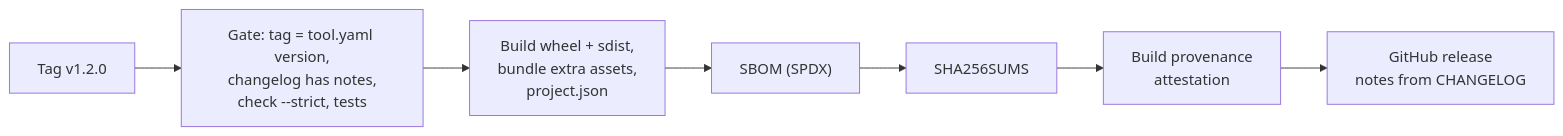
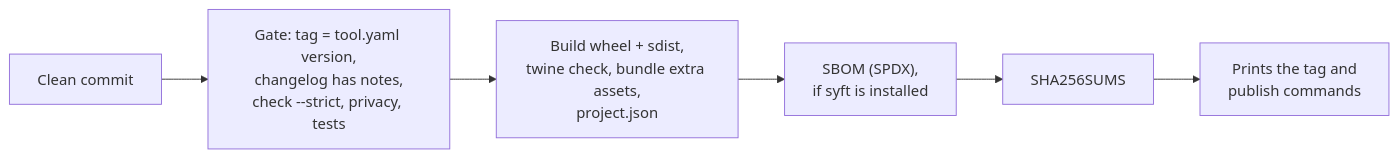
Before and after one commit to djoleradikod/vcf-operations-tool-template: the diagram in docs/releasing.md, drawn with Mermaid. The commit also changed other lines of this file and 23 other files, not shown here.

First line of the commit message:
chore: retire GitHub Actions in favour of a local gate and release script (#6)

````diff
--- a/docs/releasing.md
+++ b/docs/releasing.md
@@ -21,6 +21,6 @@
 ```mermaid
 flowchart LR
-  tag["Tag v1.2.0"] --> gate["Gate: tag = tool.yaml version,<br/>changelog has notes,<br/>check --strict, tests"]
-  gate --> build["Build wheel + sdist,<br/>bundle extra assets,<br/>project.json"]
-  build --> sbom["SBOM (SPDX)"] --> sums["SHA256SUMS"] --> attest["Build provenance<br/>attestation"] --> publish["GitHub release<br/>notes from CHANGELOG"]
+  start["Clean commit"] --> gate["Gate: tag = tool.yaml version,<br/>changelog has notes,<br/>check --strict, privacy, tests"]
+  gate --> build["Build wheel + sdist,<br/>twine check, bundle extra assets,<br/>project.json"]
+  build --> sbom["SBOM (SPDX),<br/>if syft is installed"] --> sums["SHA256SUMS"] --> next["Prints the tag and<br/>publish commands"]
 ```
````
